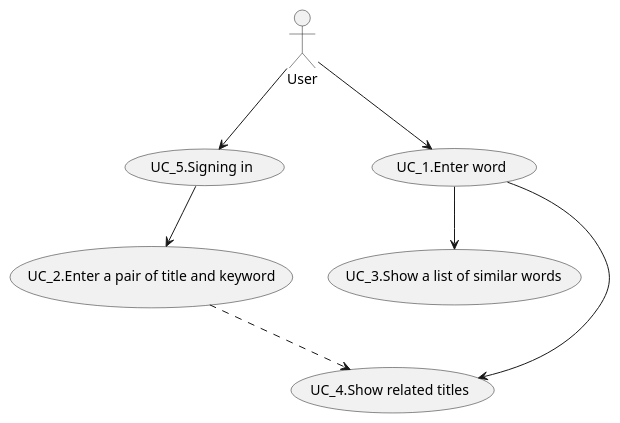
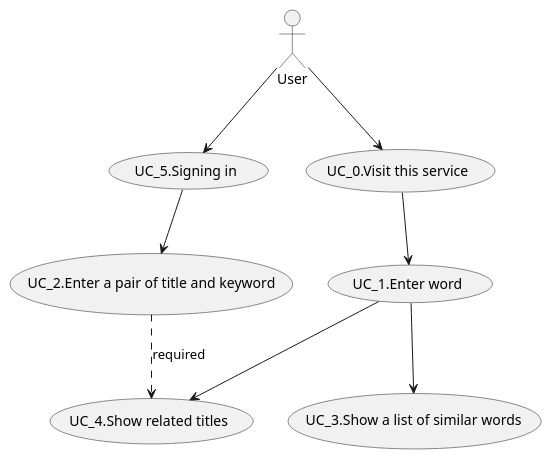
The diagram in web/doc/usecase_chart/usecase.pu (azarashin/Word2VecSOM), drawn with PlantUML before and after one commit.

Commit message:
updated diagram

```diff
--- a/web/doc/usecase_chart/usecase.pu
+++ b/web/doc/usecase_chart/usecase.pu
@@ -1,13 +1,15 @@
 @startuml
 User --> (UC_5.Signing in)
-User --> (UC_1.Enter word)
+User --> (UC_0.Visit this service)
+
+(UC_0.Visit this service) --> (UC_1.Enter word)
 
 (UC_5.Signing in) --> (UC_2.Enter a pair of title and keyword)
 
 (UC_1.Enter word) --> (UC_3.Show a list of similar words)
 (UC_1.Enter word) --> (UC_4.Show related titles)
 
-(UC_2.Enter a pair of title and keyword) ..> (UC_4.Show related titles)
+(UC_2.Enter a pair of title and keyword) ..> (UC_4.Show related titles) : required
 
 
 @enduml
```
